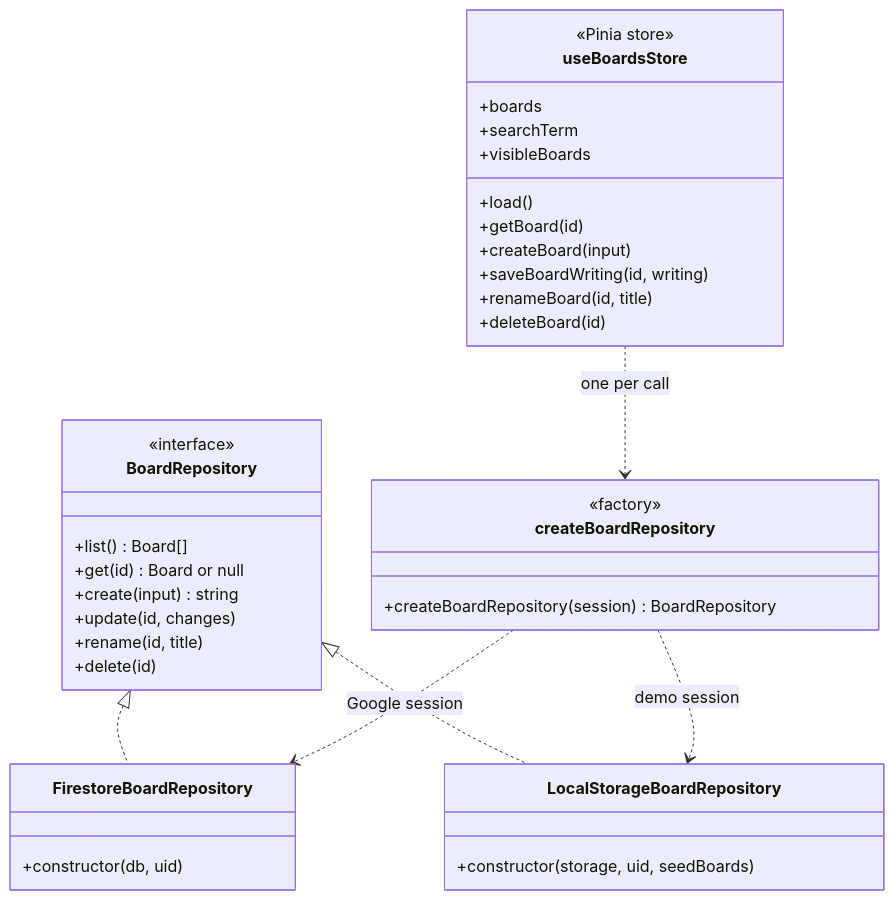
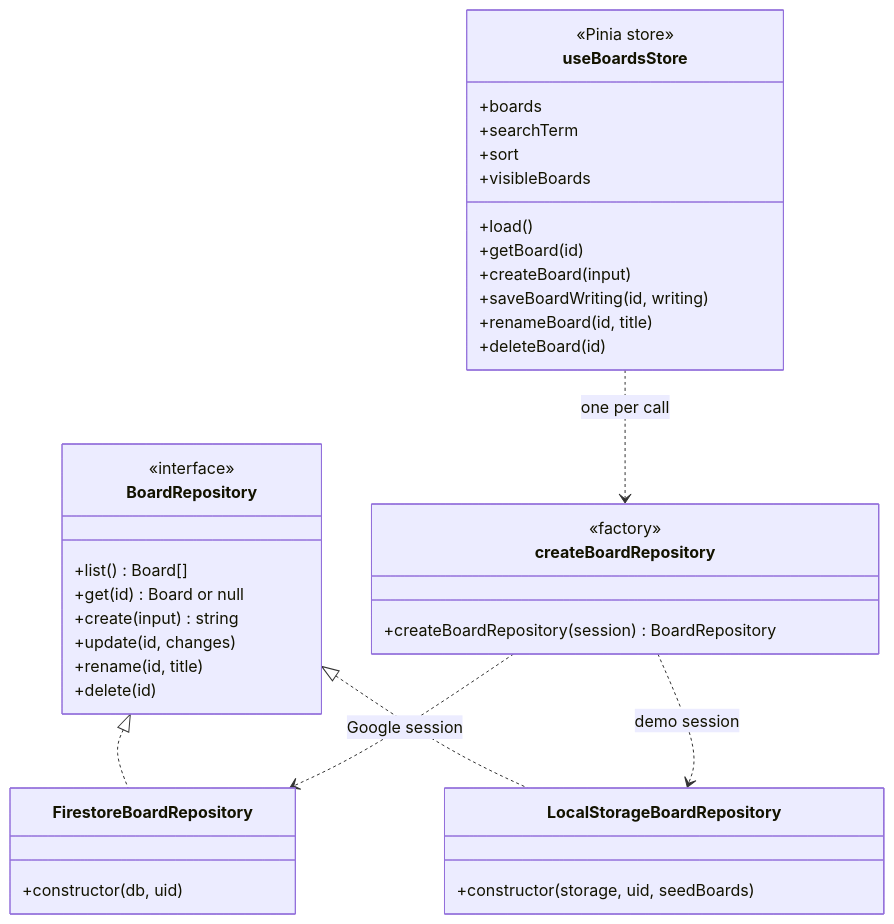
The sixth of 13 diagrams in ARCHITECTURE.md (Valiance-Studios/vue-whiteboard-app), drawn with Mermaid before and after one commit. The commit also changed other lines of this file and 9 other files, not shown here.

````diff
--- a/ARCHITECTURE.md
+++ b/ARCHITECTURE.md
@@ -211,40 +211,41 @@
 ```mermaid
 classDiagram
     class BoardRepository {
         <<interface>>
         +list() Board[]
         +get(id) Board or null
         +create(input) string
         +update(id, changes)
         +rename(id, title)
         +delete(id)
     }
     class FirestoreBoardRepository {
         +constructor(db, uid)
     }
     class LocalStorageBoardRepository {
         +constructor(storage, uid, seedBoards)
     }
     class createBoardRepository {
         <<factory>>
         +createBoardRepository(session) BoardRepository
     }
     class useBoardsStore {
         <<Pinia store>>
         +boards
         +searchTerm
+        +sort
         +visibleBoards
         +load()
         +getBoard(id)
         +createBoard(input)
         +saveBoardWriting(id, writing)
         +renameBoard(id, title)
         +deleteBoard(id)
     }
 
     BoardRepository <|.. FirestoreBoardRepository
     BoardRepository <|.. LocalStorageBoardRepository
     createBoardRepository ..> FirestoreBoardRepository: Google session
     createBoardRepository ..> LocalStorageBoardRepository: demo session
     useBoardsStore ..> createBoardRepository: one per call
 ```
````
